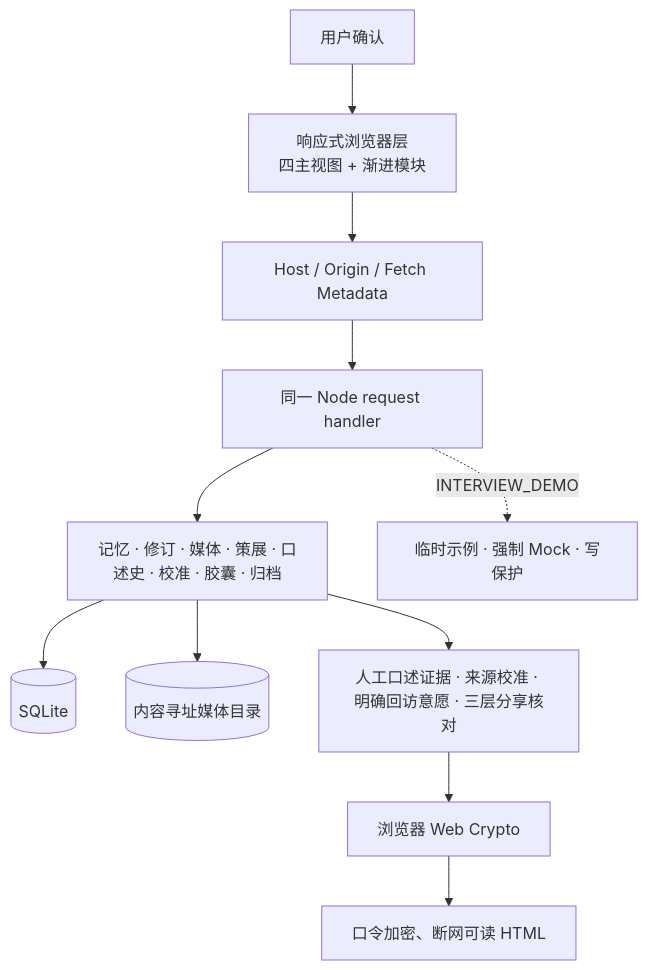
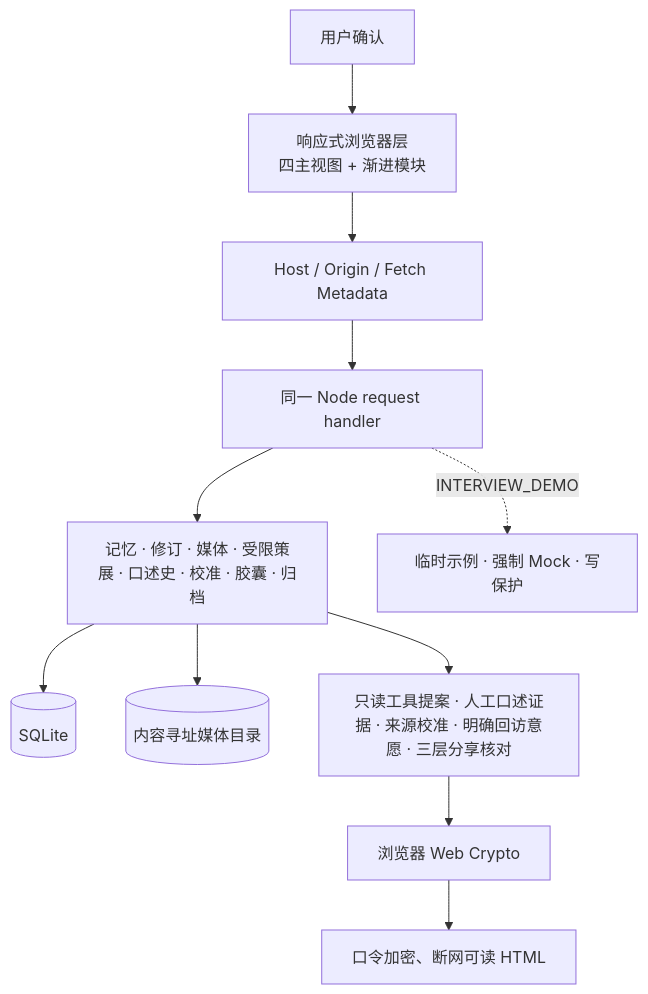
The diagram in README.md (JieE-212/AI_memory_museum), drawn with Mermaid before and after one commit. The commit also changed other lines of this file and 46 other files, not shown here.

````diff
--- a/README.md
+++ b/README.md
@@ -54,13 +55,13 @@
 ```mermaid
 flowchart TB
   U["用户确认"] --> B["响应式浏览器层<br/>四主视图 + 渐进模块"]
   B --> S["Host / Origin / Fetch Metadata"]
   S --> H["同一 Node request handler"]
-  H --> D["记忆 · 修订 · 媒体 · 策展 · 口述史 · 校准 · 胶囊 · 归档"]
+  H --> D["记忆 · 修订 · 媒体 · 受限策展 · 口述史 · 校准 · 胶囊 · 归档"]
   D --> DB[("SQLite")]
   D --> FS[("内容寻址媒体目录")]
-  D --> G["人工口述证据 · 来源校准 · 明确回访意愿 · 三层分享核对"]
+  D --> G["只读工具提案 · 人工口述证据 · 来源校准 · 明确回访意愿 · 三层分享核对"]
   G --> C["浏览器 Web Crypto"]
   C --> O["口令加密、断网可读 HTML"]
   H -. "INTERVIEW_DEMO" .-> X["临时示例 · 强制 Mock · 写保护"]
 ```
````
